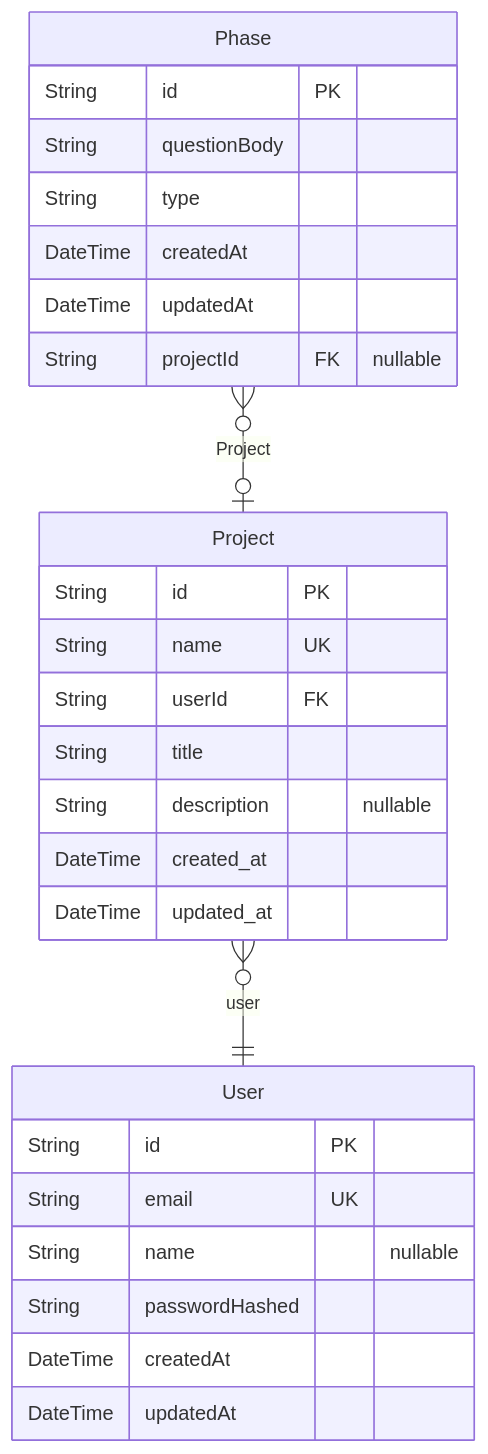
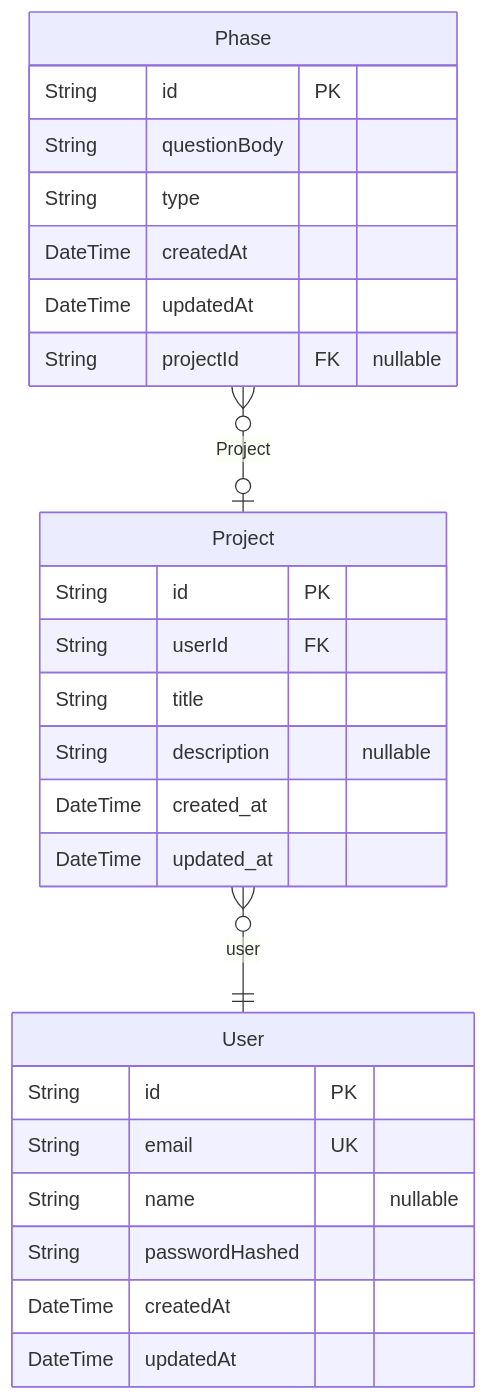
Before and after one commit to chuo-ids-iio/pet-backend: the diagram in docs/ERD.md, drawn with Mermaid. The commit also changed other lines of this file and 3 other files, not shown here.

````diff
--- a/docs/ERD.md
+++ b/docs/ERD.md
@@ -7,30 +7,29 @@
 ```mermaid
 erDiagram
 "User" {
   String id PK
   String email UK
   String name "nullable"
   String passwordHashed
   DateTime createdAt
   DateTime updatedAt
 }
 "Project" {
   String id PK
-  String name UK
   String userId FK
   String title
   String description "nullable"
   DateTime created_at
   DateTime updated_at
 }
 "Phase" {
   String id PK
   String questionBody
   String type
   DateTime createdAt
   DateTime updatedAt
   String projectId FK "nullable"
 }
 "Project" }o--|| "User" : user
 "Phase" }o--o| "Project" : Project
 ```
````
